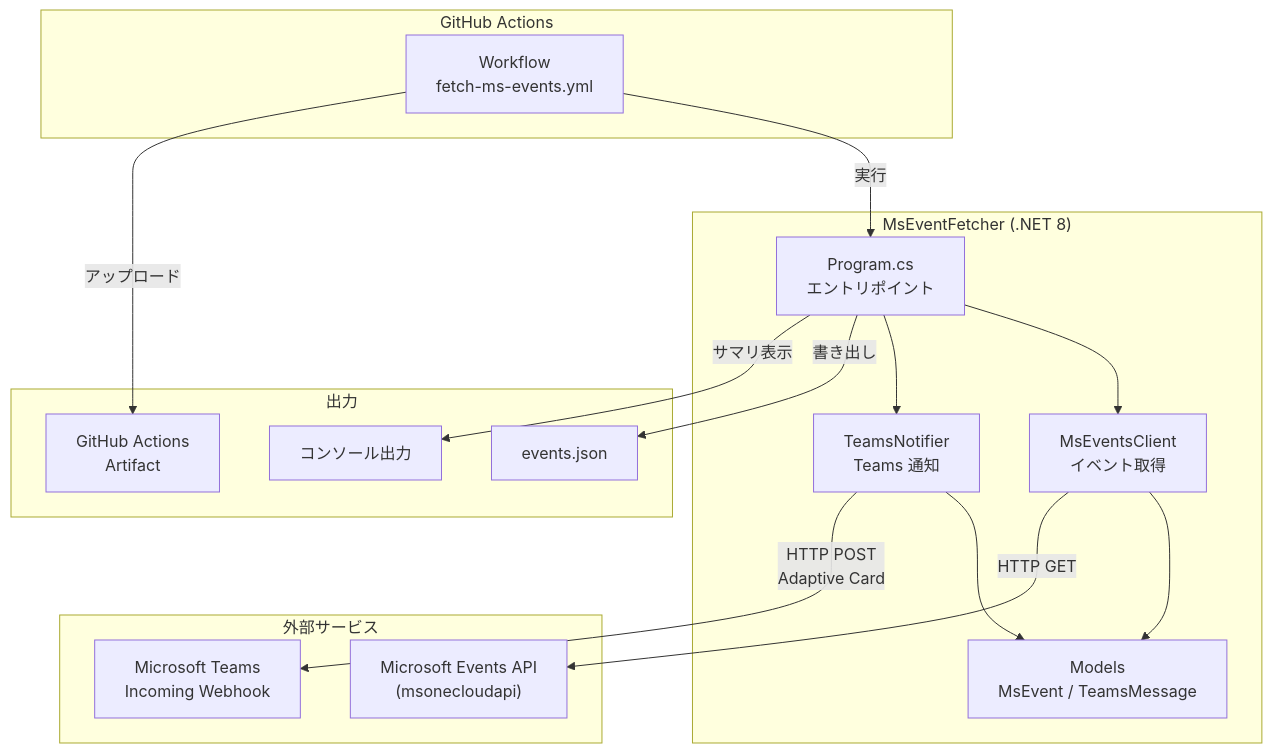
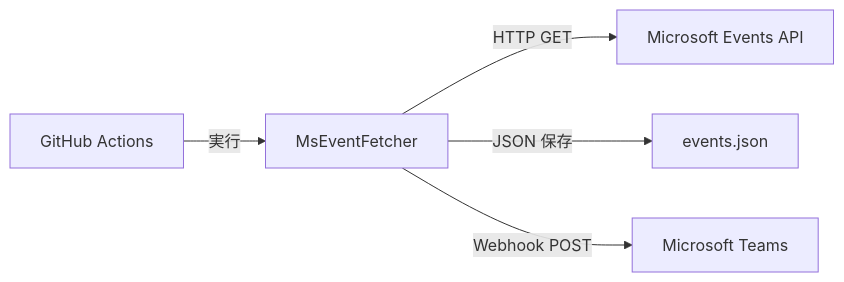
Before and after one commit to ryutaro-kimura/ms-event-fetcher: the first of 2 diagrams in README.md, drawn with Mermaid. The commit also changed other lines of this file, not shown here.

Commit message:
refactor: update architecture diagram and processing flow in README.md

````diff
--- a/README.md
+++ b/README.md
@@ -11,35 +11,7 @@
 ```mermaid
-graph TB
-    subgraph "GitHub Actions"
-        GA[Workflow<br/>fetch-ms-events.yml]
-    end
-
-    subgraph "MsEventFetcher (.NET 8)"
-        Program[Program.cs<br/>エントリポイント]
-        Client[MsEventsClient<br/>イベント取得]
-        Notifier[TeamsNotifier<br/>Teams 通知]
-        Models[Models<br/>MsEvent / TeamsMessage]
-    end
-
-    subgraph "外部サービス"
-        API["Microsoft Events API<br/>(msonecloudapi)"]
-        Teams[Microsoft Teams<br/>Incoming Webhook]
-    end
-
-    subgraph "出力"
-        JSON[events.json]
-        Console[コンソール出力]
-        Artifact[GitHub Actions<br/>Artifact]
-    end
-
-    GA -->|実行| Program
-    Program --> Client
-    Program --> Notifier
-    Client --> Models
-    Notifier --> Models
-    Client -->|HTTP GET| API
-    Notifier -->|HTTP POST<br/>Adaptive Card| Teams
-    Program -->|書き出し| JSON
-    Program -->|サマリ表示| Console
-    GA -->|アップロード| Artifact
+graph LR
+    A[GitHub Actions] -->|実行| B[MsEventFetcher]
+    B -->|HTTP GET| C[Microsoft Events API]
+    B -->|JSON 保存| D[events.json]
+    B -->|Webhook POST| E[Microsoft Teams]
 ```
````
